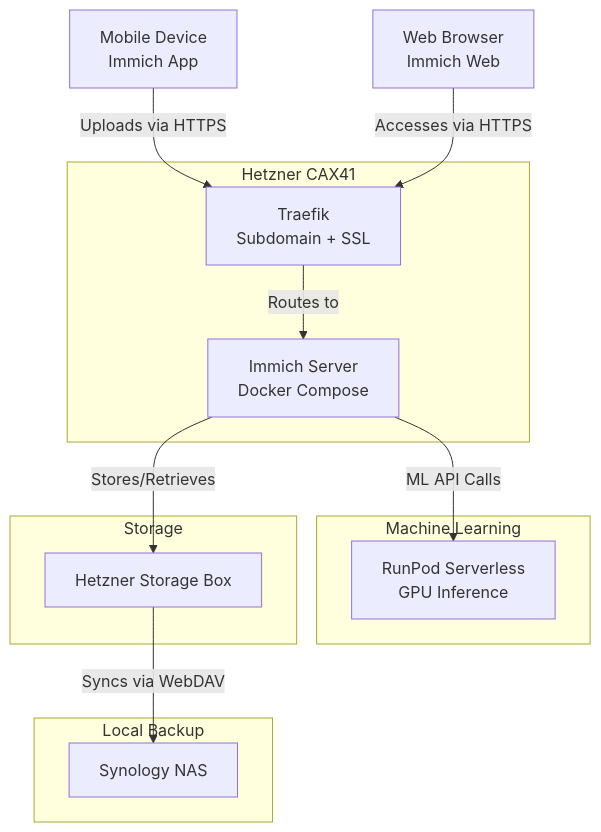
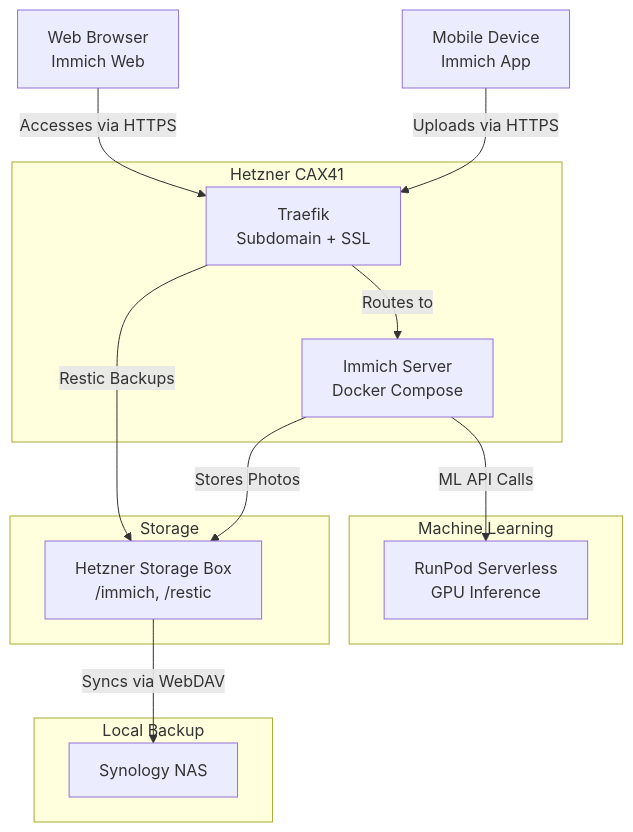
Before and after one commit to deepbrainspace/deepbrain-stack: the diagram in reference/image-server.md, drawn with Mermaid.

Commit message:
feat: add image server diagram

````diff
--- a/reference/image-server.md
+++ b/reference/image-server.md
@@ -9,26 +9,27 @@
 ```mermaid
 graph TD
     A[Mobile Device<br>Immich App] -->|Uploads via HTTPS| B[CAX41<br>Traefik]
     C[Web Browser<br>Immich Web] -->|Accesses via HTTPS| B
     B -->|Routes to| D[Immich Server<br>Docker Compose]
-    D -->|Stores/Retrieves| E[Hetzner Storage Box<br>Mounted via SSHFS]
+    D -->|Stores Photos| E[Hetzner Storage Box<br>Mounted via SSHFS]
     D -->|ML API Calls| F[RunPod Serverless<br>GPU Inference]
+    B -->|Restic Backups| E
     E -->|Syncs via WebDAV| G[Synology NAS<br>Local Backup]
     
     subgraph Hetzner CAX41
         B[Traefik<br>Subdomain + SSL]
         D[Immich Server<br>Docker Compose]
     end
     
     subgraph Machine Learning
         F[RunPod Serverless<br>GPU Inference]
     end
     
     subgraph Storage
-        E[Hetzner Storage Box]
+        E[Hetzner Storage Box<br>/immich, /restic]
     end
     
     subgraph Local Backup
         G[Synology NAS]
     end
 ```
````
